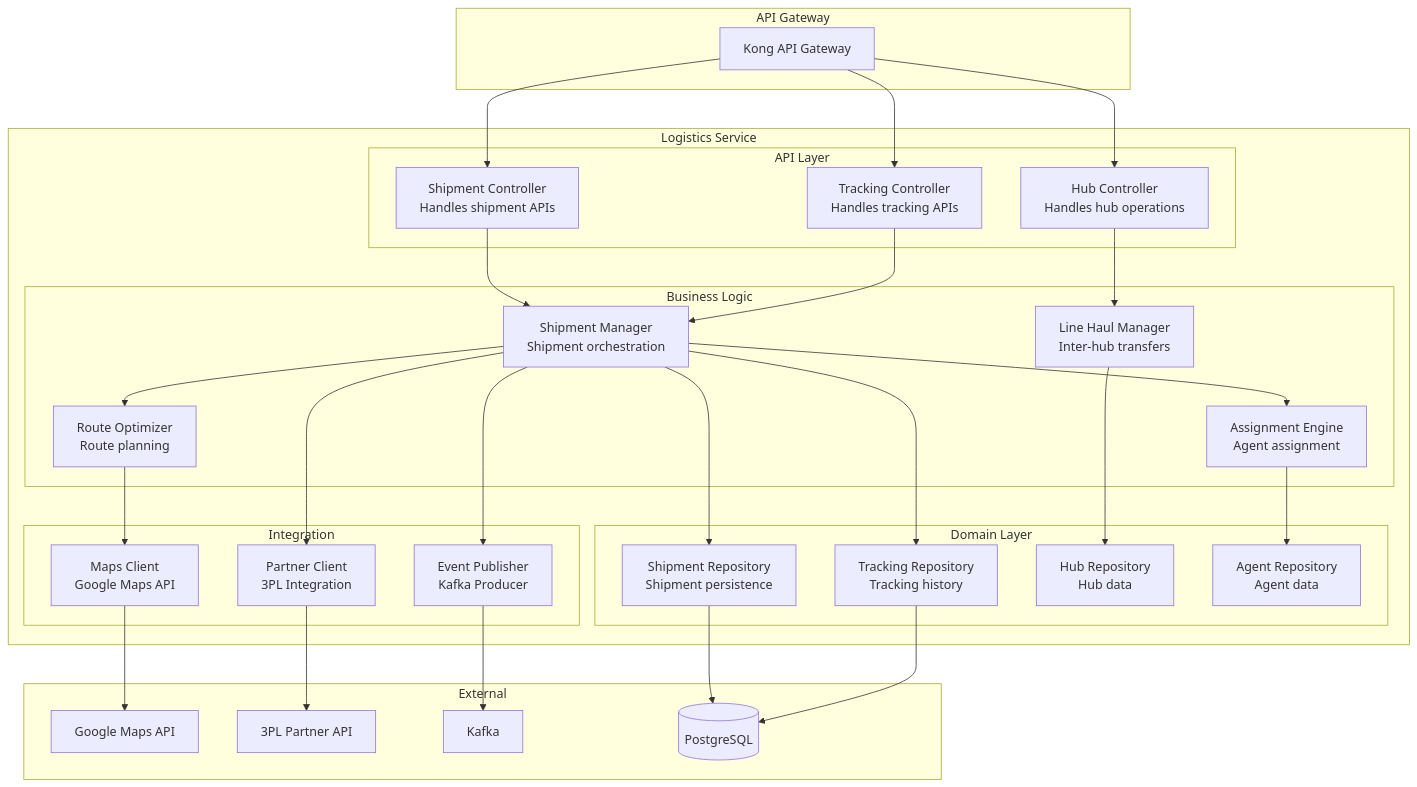
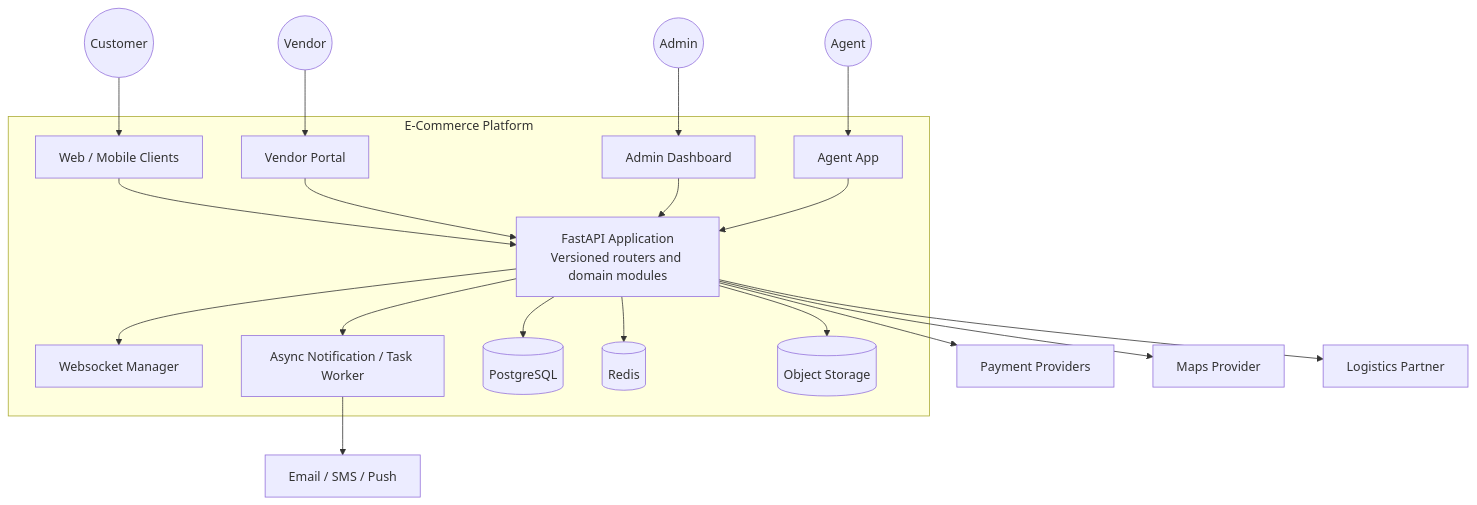
One commit to 0Ankit0/Project-Ideas changed the second of 4 diagrams in E-Commerce/high-level-design/c4-diagrams.md. Above: the diagram before and after it, drawn with Mermaid. The commit also changed other lines of this file and 64 other files, not shown here.

First line of the commit message:
Enhance documentation and requirements for E-Commerce platform

````diff
--- a/E-Commerce/high-level-design/c4-diagrams.md
+++ b/E-Commerce/high-level-design/c4-diagrams.md
@@ -235,67 +43,48 @@
 ```mermaid
 graph TB
-    subgraph "API Gateway"
-        Gateway[Kong API Gateway]
+    Customer((Customer))
+    Vendor((Vendor))
+    Admin((Admin))
+    Agent((Agent))
+
+    subgraph "E-Commerce Platform"
+        Web[Web / Mobile Clients]
+        VendorUI[Vendor Portal]
+        AdminUI[Admin Dashboard]
+        AgentUI[Agent App]
+
+        API[FastAPI Application<br>Versioned routers and domain modules]
+        WS[Websocket Manager]
+        Worker[Async Notification / Task Worker]
+
+        DB[(PostgreSQL)]
+        Redis[(Redis)]
+        Storage[(Object Storage)]
     end
-    
-    subgraph "Logistics Service"
-        subgraph "API Layer"
-            ShipmentController[Shipment Controller<br>Handles shipment APIs]
-            TrackingController[Tracking Controller<br>Handles tracking APIs]
-            HubController[Hub Controller<br>Handles hub operations]
-        end
-        
-        subgraph "Business Logic"
-            ShipmentManager[Shipment Manager<br>Shipment orchestration]
-            RouteOptimizer[Route Optimizer<br>Route planning]
-            AssignmentEngine[Assignment Engine<br>Agent assignment]
-            LineHaulManager[Line Haul Manager<br>Inter-hub transfers]
-        end
-        
-        subgraph "Domain Layer"
-            ShipmentRepo[Shipment Repository<br>Shipment persistence]
-            TrackingRepo[Tracking Repository<br>Tracking history]
-            HubRepo[Hub Repository<br>Hub data]
-            AgentRepo[Agent Repository<br>Agent data]
-        end
-        
-        subgraph "Integration"
-            MapsClient[Maps Client<br>Google Maps API]
-            PartnerClient[Partner Client<br>3PL Integration]
-            EventPublisher[Event Publisher<br>Kafka Producer]
-        end
-    end
-    
-    subgraph "External"
-        MapsAPI[Google Maps API]
-        ThreePL[3PL Partner API]
-        Kafka[Kafka]
-        DB[(PostgreSQL)]
-    end
-    
-    Gateway --> ShipmentController
-    Gateway --> TrackingController
-    Gateway --> HubController
-    
-    ShipmentController --> ShipmentManager
-    TrackingController --> ShipmentManager
-    HubController --> LineHaulManager
-    
-    ShipmentManager --> RouteOptimizer
-    ShipmentManager --> AssignmentEngine
-    
-    ShipmentManager --> ShipmentRepo
-    ShipmentManager --> TrackingRepo
-    LineHaulManager --> HubRepo
-    AssignmentEngine --> AgentRepo
-    
-    RouteOptimizer --> MapsClient
-    ShipmentManager --> PartnerClient
-    ShipmentManager --> EventPublisher
-    
-    MapsClient --> MapsAPI
-    PartnerClient --> ThreePL
-    EventPublisher --> Kafka
-    ShipmentRepo --> DB
-    TrackingRepo --> DB
+
+    PaymentGW[Payment Providers]
+    Msg[Email / SMS / Push]
+    Maps[Maps Provider]
+    LogisticsPartner[Logistics Partner]
+
+    Customer --> Web
+    Vendor --> VendorUI
+    Admin --> AdminUI
+    Agent --> AgentUI
+
+    Web --> API
+    VendorUI --> API
+    AdminUI --> API
+    AgentUI --> API
+
+    API --> WS
+    API --> Worker
+    API --> DB
+    API --> Redis
+    API --> Storage
+
+    API --> PaymentGW
+    API --> Maps
+    API --> LogisticsPartner
+    Worker --> Msg
 ```
````
